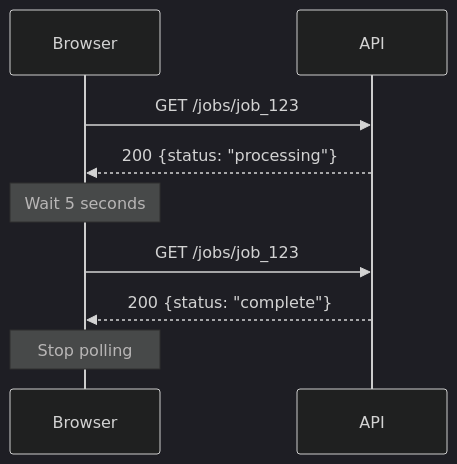
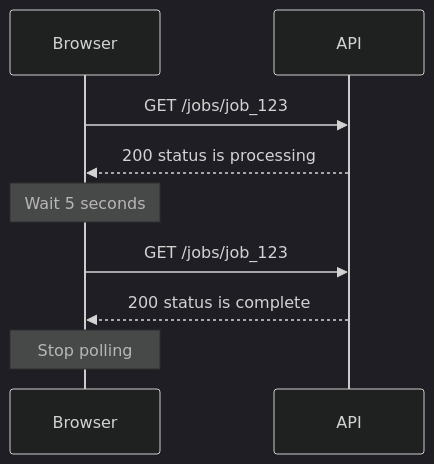
Before and after one commit to alanqi03/sys-design: the first of 3 diagrams in connection-protocols/polling.md, drawn with Mermaid (dark theme). The commit also changed other lines of this file and 3 other files, not shown here.

````diff
--- a/connection-protocols/polling.md
+++ b/connection-protocols/polling.md
@@ -14,11 +23,11 @@
 ```{mermaid}
 sequenceDiagram
   participant B as Browser
   participant A as API
   B->>A: GET /jobs/job_123
-  A-->>B: 200 {status: "processing"}
+  A-->>B: 200 status is processing
   Note over B: Wait 5 seconds
   B->>A: GET /jobs/job_123
-  A-->>B: 200 {status: "complete"}
+  A-->>B: 200 status is complete
   Note over B: Stop polling
 ```
````
